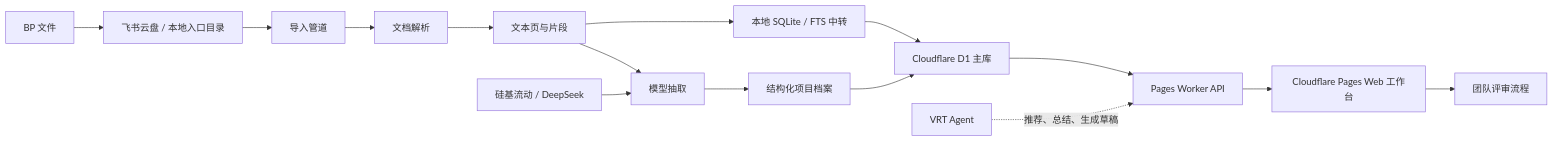
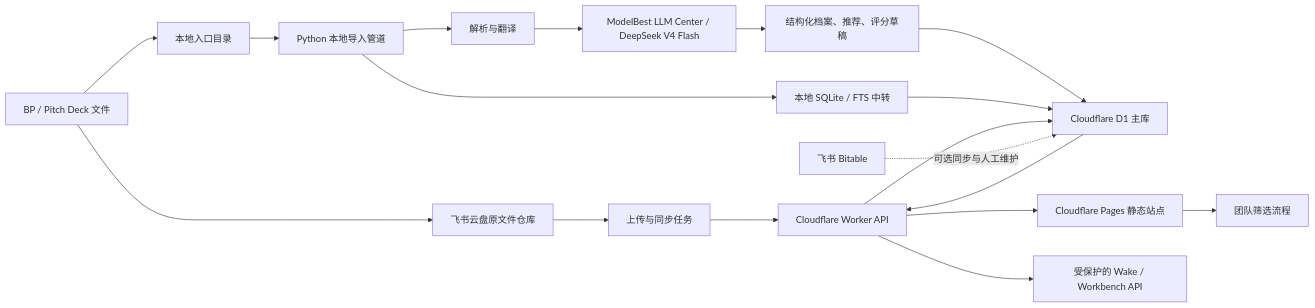
One commit to zfyaryan-wq/bp-screener changed the diagram in README.zh-CN.md. Above: the diagram before and after it, drawn with Mermaid. The commit also changed other lines of this file and 1 other file, not shown here.

Commit message:
Update technical architecture docs

````diff
--- a/README.zh-CN.md
+++ b/README.zh-CN.md
@@ -29,18 +29,21 @@
 ```mermaid
 flowchart LR
-    A[BP 文件] --> B[飞书云盘 / 本地入口目录]
-    B --> C[导入管道]
-    C --> D[文档解析]
-    D --> E[文本页与片段]
-    E --> F[模型抽取]
-    E --> G[本地 SQLite / FTS 中转]
-    F --> H[结构化项目档案]
-    H --> I[Cloudflare D1 主库]
-    G --> I
-    I --> J[Pages Worker API]
-    J --> K[Cloudflare Pages Web 工作台]
-    K --> L[团队评审流程]
+    A[BP / Pitch Deck 文件] --> B[飞书云盘原文件仓库]
+    A --> C[本地入口目录]
+    B --> D[上传与同步任务]
+    C --> E[Python 本地导入管道]
+    E --> F[解析与翻译]
+    D --> I[Cloudflare Worker API]
+    F --> G[ModelBest LLM Center / DeepSeek V4 Flash]
+    G --> H[结构化档案、推荐、评分草稿]
+    H --> J[Cloudflare D1 主库]
+    E --> K[本地 SQLite / FTS 中转]
+    K --> J
+    I --> J
+    J --> I
+    I --> L[Cloudflare Pages 静态站点]
+    L --> M[团队筛选流程]
+    I --> N[受保护的 Wake / Workbench API]
 
-    M[硅基流动 / DeepSeek] --> F
-    N[VRT Agent] -. 推荐、总结、生成草稿 .-> J
+    O[飞书 Bitable] -. 可选同步与人工维护 .-> J
 ```
````
